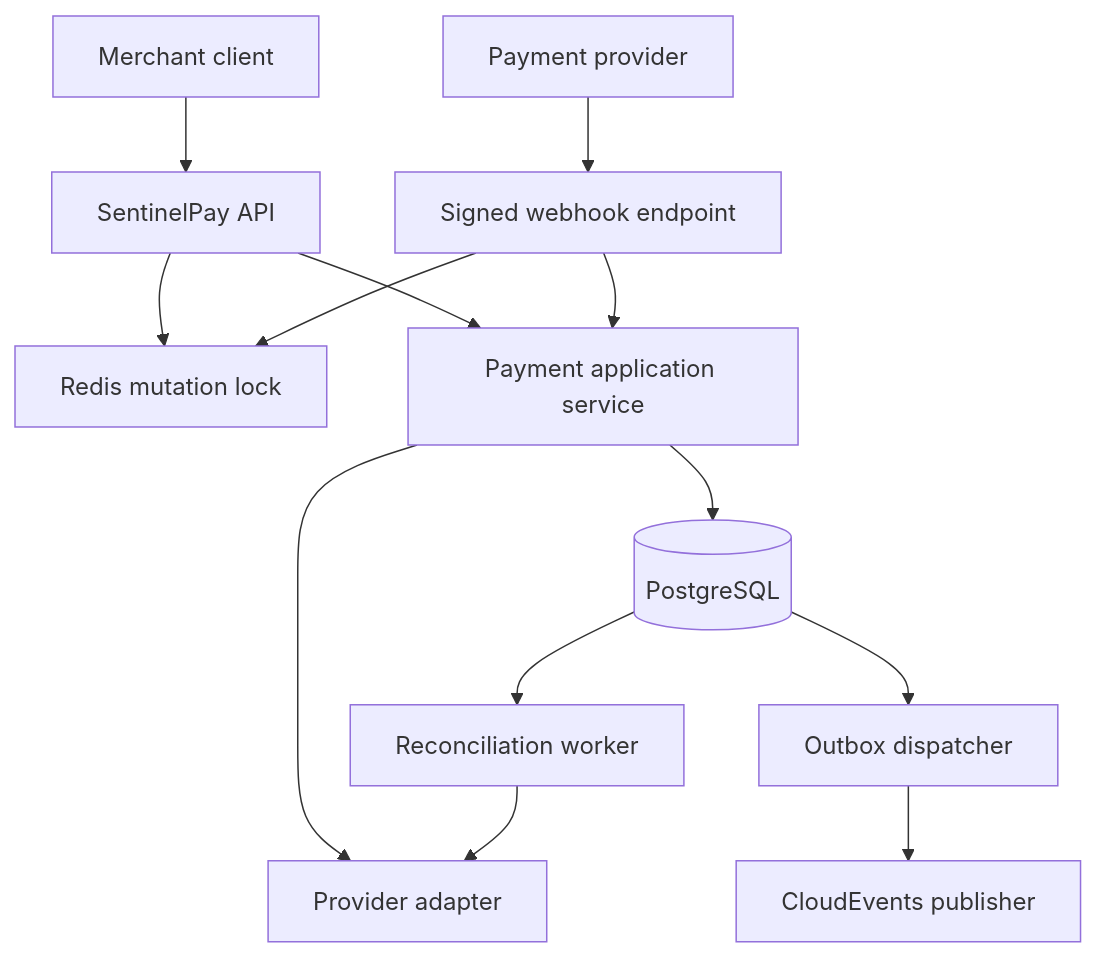
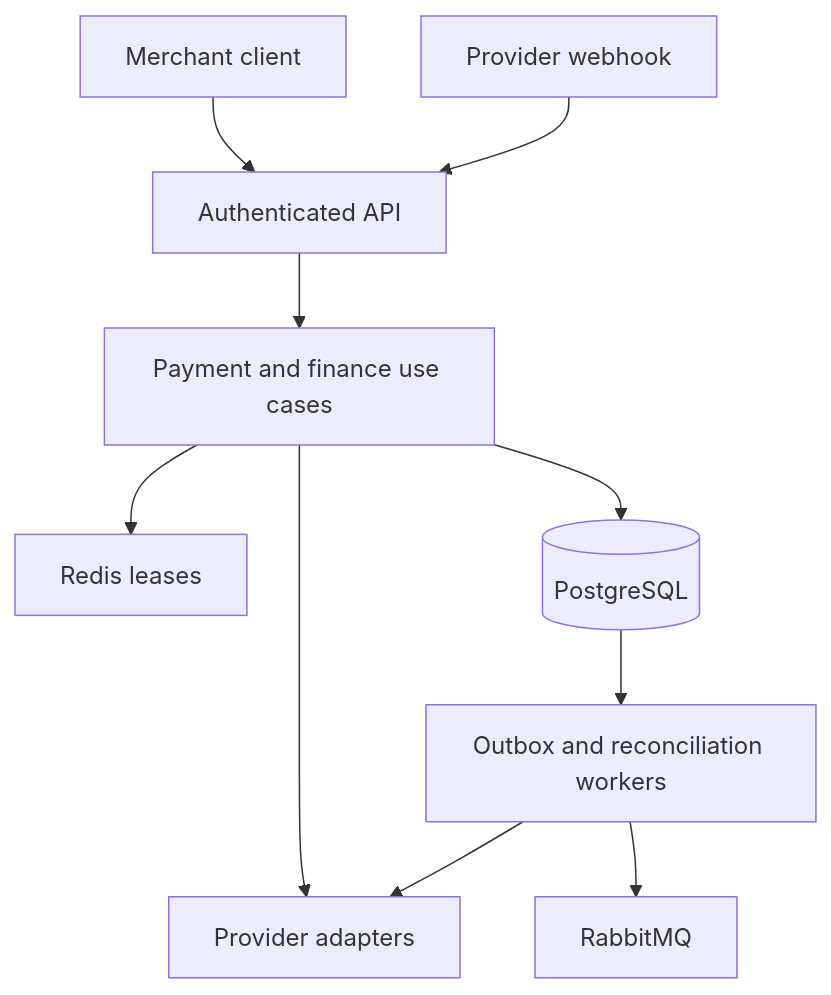
Before and after one commit to guneycangunay/SentinelPay: the diagram in README.md, drawn with Mermaid. The commit also changed other lines of this file and 11 other files, not shown here.

Commit message:
docs: publish architecture threat model and runbook

````diff
--- a/README.md
+++ b/README.md
@@ -31,15 +32,12 @@
 ```mermaid
 flowchart TB
-    Client["Merchant client"] --> API["SentinelPay API"]
-    Provider["Payment provider"] --> Webhook["Signed webhook endpoint"]
-    API --> Lock["Redis mutation lock"]
-    Webhook --> Lock
-    API --> App["Payment application service"]
-    Webhook --> App
-    App --> Gateway["Provider adapter"]
-    App --> DB[("PostgreSQL")]
-    DB --> Outbox["Outbox dispatcher"]
-    DB --> Reconcile["Reconciliation worker"]
-    Outbox --> Events["CloudEvents publisher"]
-    Reconcile --> Gateway
+    Client["Merchant client"] --> API["Authenticated API"]
+    Provider["Provider webhook"] --> API
+    API --> Core["Payment and finance use cases"]
+    Core --> Lock["Redis leases"]
+    Core --> Gateway["Provider adapters"]
+    Core --> DB[("PostgreSQL")]
+    DB --> Worker["Outbox and reconciliation workers"]
+    Worker --> Gateway
+    Worker --> Broker["RabbitMQ"]
 ```
````
